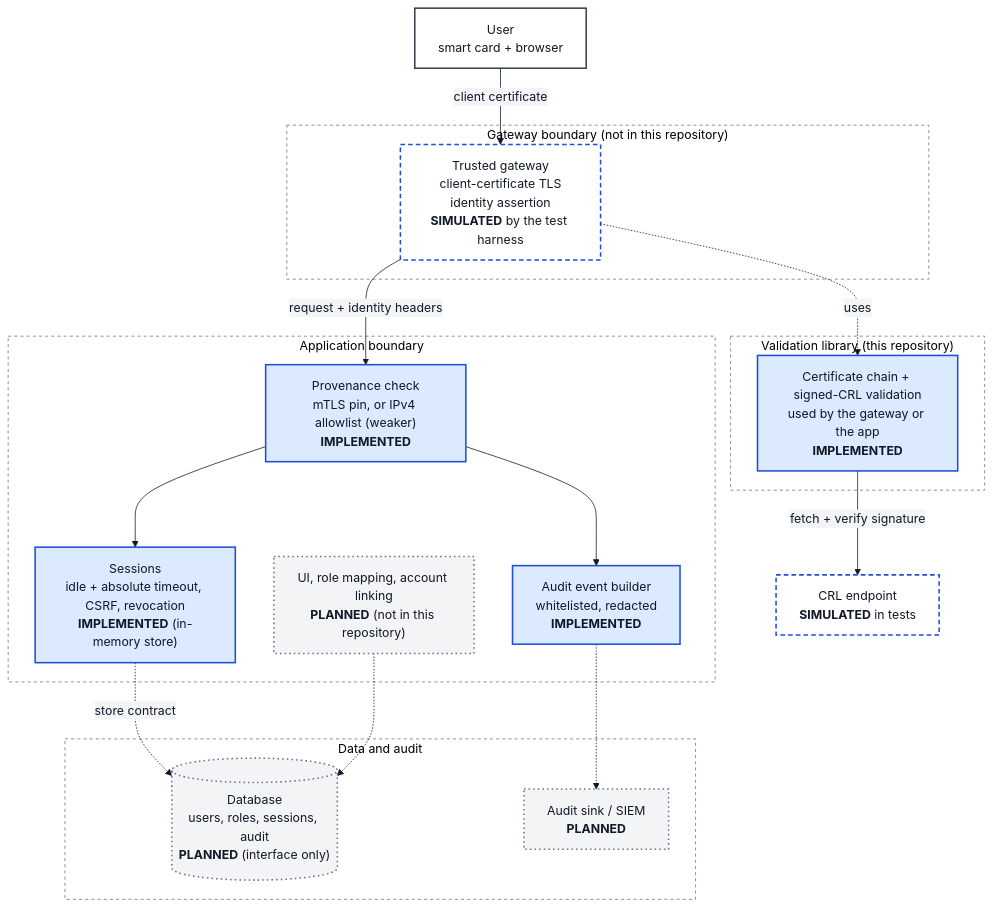
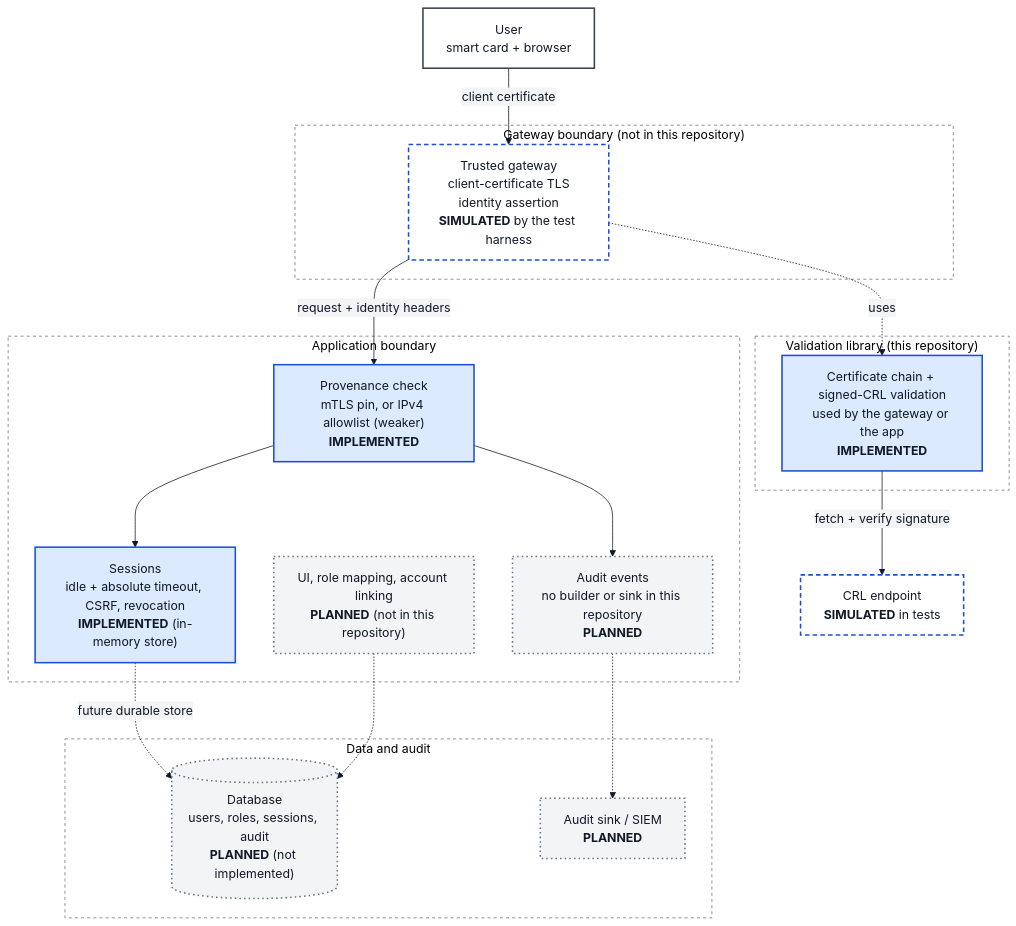
Before and after one commit to elliyeen/cac-piv-pki-authentication: the diagram in docs/architecture/01-system-and-data.mmd, drawn with Mermaid. The commit also changed 7 other files, not shown here.

Commit message:
docs: correct status labels to match committed code (no audit builder; CI gates as configured)

```diff
--- a/docs/architecture/01-system-and-data.mmd
+++ b/docs/architecture/01-system-and-data.mmd
@@ -1,44 +1,44 @@
 %%{init: {'theme':'base','themeVariables':{'background':'#ffffff','primaryColor':'#ffffff','primaryTextColor':'#111827','primaryBorderColor':'#374151','lineColor':'#111827','secondaryColor':'#f3f4f6','tertiaryColor':'#ffffff','fontFamily':'Arial, Helvetica, sans-serif','fontSize':'16px','noteBkgColor':'#f3f4f6','noteTextColor':'#111827','noteBorderColor':'#374151','actorBkg':'#dbeafe','actorBorder':'#1d4ed8','actorTextColor':'#111827','signalColor':'#111827','signalTextColor':'#111827'}}}%%
 flowchart TB
   user["User<br/>smart card + browser"]:::neutral
 
   subgraph edge["Gateway boundary (not in this repository)"]
     gw["Trusted gateway<br/>client-certificate TLS<br/>identity assertion<br/><b>SIMULATED</b> by the test harness"]:::sim
   end
 
   subgraph lib["Validation library (this repository)"]
     cert["Certificate chain + signed-CRL validation<br/>used by the gateway or the app<br/><b>IMPLEMENTED</b>"]:::impl
   end
 
   subgraph app["Application boundary"]
     prov["Provenance check<br/>mTLS pin, or IPv4 allowlist (weaker)<br/><b>IMPLEMENTED</b>"]:::impl
     sess["Sessions<br/>idle + absolute timeout, CSRF, revocation<br/><b>IMPLEMENTED</b> (in-memory store)"]:::impl
-    audit["Audit event builder<br/>whitelisted, redacted<br/><b>IMPLEMENTED</b>"]:::impl
+    audit["Audit events<br/>no builder or sink in this repository<br/><b>PLANNED</b>"]:::plan
     ui["UI, role mapping, account linking<br/><b>PLANNED</b> (not in this repository)"]:::plan
   end
 
   subgraph data["Data and audit"]
-    db[("Database<br/>users, roles, sessions, audit<br/><b>PLANNED</b> (interface only)")]:::plan
+    db[("Database<br/>users, roles, sessions, audit<br/><b>PLANNED</b> (not implemented)")]:::plan
     sink["Audit sink / SIEM<br/><b>PLANNED</b>"]:::plan
   end
 
   crl["CRL endpoint<br/><b>SIMULATED</b> in tests"]:::sim
 
   user -->|"client certificate"| gw
   gw -->|"request + identity headers"| prov
   prov --> sess
   prov --> audit
-  sess -.->|"store contract"| db
+  sess -.->|"future durable store"| db
   audit -.-> sink
   ui -.-> db
   gw -.->|"uses"| cert
   cert -->|"fetch + verify signature"| crl
 
   classDef impl fill:#dbeafe,stroke:#1d4ed8,stroke-width:2px,color:#111827
   classDef sim fill:#ffffff,stroke:#1d4ed8,stroke-width:2px,stroke-dasharray:6 4,color:#111827
   classDef plan fill:#f3f4f6,stroke:#6b7280,stroke-width:2px,stroke-dasharray:2 4,color:#111827
   classDef neutral fill:#ffffff,stroke:#374151,stroke-width:2px,color:#111827
   style edge fill:#ffffff,stroke:#6b7280,stroke-dasharray:4 4
   style lib fill:#ffffff,stroke:#6b7280,stroke-dasharray:4 4
   style app fill:#ffffff,stroke:#6b7280,stroke-dasharray:4 4
   style data fill:#ffffff,stroke:#6b7280,stroke-dasharray:4 4
```
